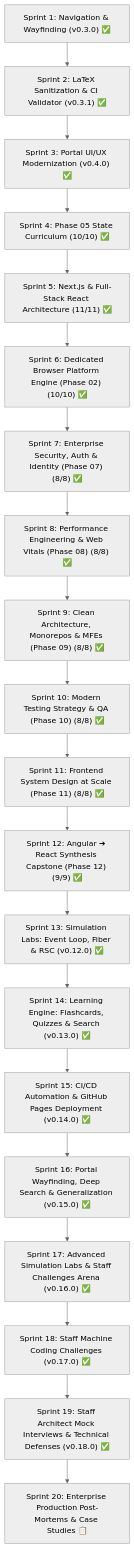
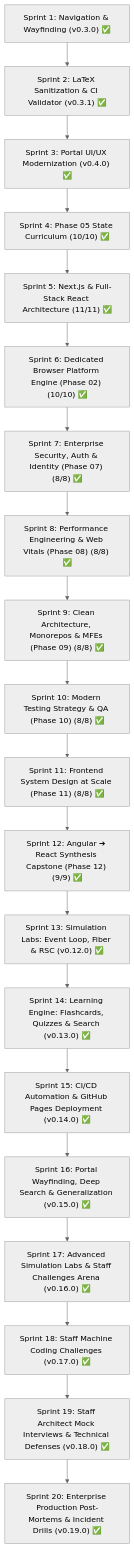
Before and after one commit to adarshsince90/react-interview-prep: the diagram in docs/sdlc/sprint-plan.md, drawn with Mermaid (neutral theme). The commit also changed other lines of this file and 7 other files, not shown here.

````diff
--- a/docs/sdlc/sprint-plan.md
+++ b/docs/sdlc/sprint-plan.md
@@ -35,22 +35,22 @@
 ```mermaid
 flowchart TD
     S1["Sprint 1: Navigation & Wayfinding (v0.3.0) ✅"] --> S2["Sprint 2: LaTeX Sanitization & CI Validator (v0.3.1) ✅"]
     S2 --> S3["Sprint 3: Portal UI/UX Modernization (v0.4.0) ✅"]
     S3 --> S4["Sprint 4: Phase 05 State Curriculum (10/10) ✅"]
     S4 --> S5["Sprint 5: Next.js & Full-Stack React Architecture (11/11) ✅"]
     S5 --> S6["Sprint 6: Dedicated Browser Platform Engine (Phase 02) (10/10) ✅"]
     S6 --> S7["Sprint 7: Enterprise Security, Auth & Identity (Phase 07) (8/8) ✅"]
     S7 --> S8["Sprint 8: Performance Engineering & Web Vitals (Phase 08) (8/8) ✅"]
     S8 --> S9["Sprint 9: Clean Architecture, Monorepos & MFEs (Phase 09) (8/8) ✅"]
     S9 --> S10["Sprint 10: Modern Testing Strategy & QA (Phase 10) (8/8) ✅"]
     S10 --> S11["Sprint 11: Frontend System Design at Scale (Phase 11) (8/8) ✅"]
     S11 --> S12["Sprint 12: Angular ➔ React Synthesis Capstone (Phase 12) (9/9) ✅"]
     S12 --> S13["Sprint 13: Simulation Labs: Event Loop, Fiber & RSC (v0.12.0) ✅"]
     S13 --> S14["Sprint 14: Learning Engine: Flashcards, Quizzes & Search (v0.13.0) ✅"]
     S14 --> S15["Sprint 15: CI/CD Automation & GitHub Pages Deployment (v0.14.0) ✅"]
     S15 --> S16["Sprint 16: Portal Wayfinding, Deep Search & Generalization (v0.15.0) ✅"]
     S16 --> S17["Sprint 17: Advanced Simulation Labs & Staff Challenges Arena (v0.16.0) ✅"]
     S17 --> S18["Sprint 18: Staff Machine Coding Challenges (v0.17.0) ✅"]
     S18 --> S19["Sprint 19: Staff Architect Mock Interviews & Technical Defenses (v0.18.0) ✅"]
-    S19 --> S20["Sprint 20: Enterprise Production Post-Mortems & Case Studies 📋"]
+    S19 --> S20["Sprint 20: Enterprise Production Post-Mortems & Incident Drills (v0.19.0) ✅"]
 ```
````
